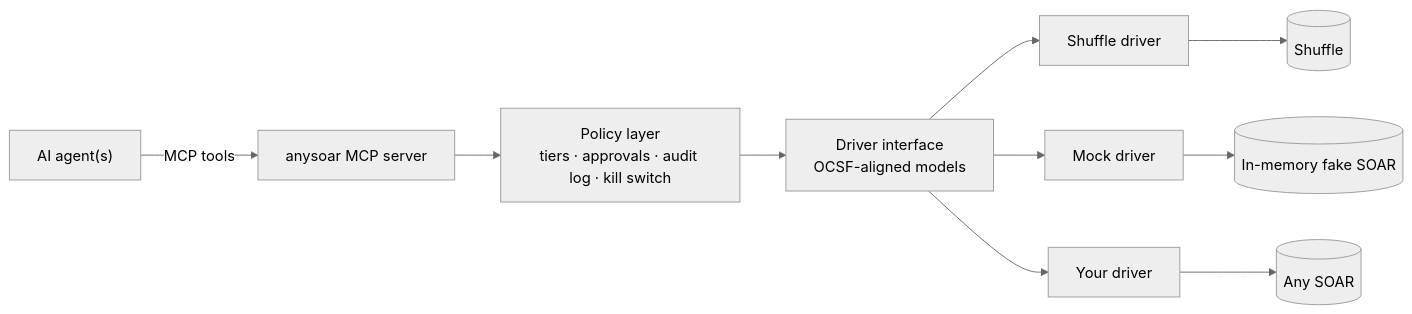
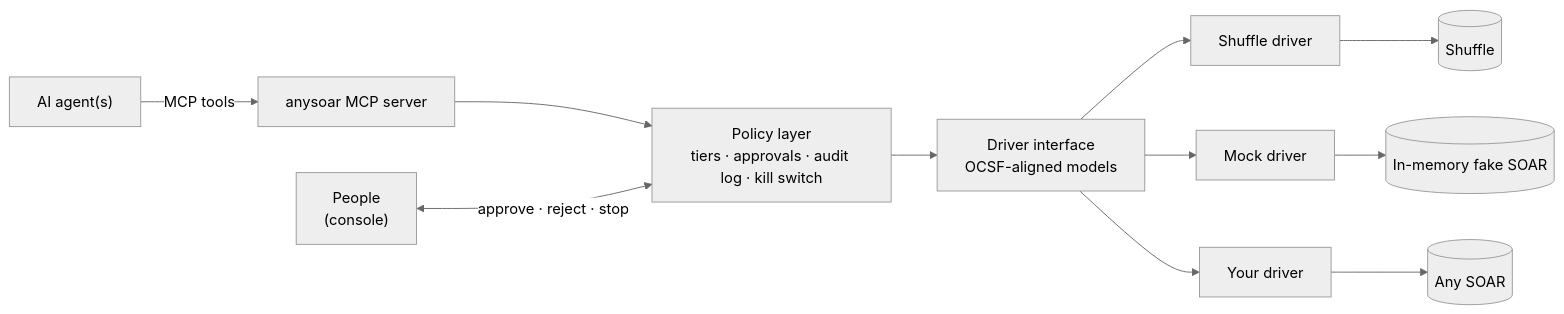
One commit to ag3ntsc4rn/anysoar changed the diagram in README.md. Above: the diagram before and after it, drawn with Mermaid (neutral theme). The commit also changed other lines of this file and 5 other files, not shown here.

````diff
--- a/README.md
+++ b/README.md
@@ -36,12 +36,13 @@
 ```mermaid
 flowchart LR
     A["AI agent(s)"] -->|MCP tools| M["anysoar MCP server"]
     M --> P["Policy layer<br/>tiers · approvals · audit log · kill switch"]
+    H["People<br/>(console)"] <-->|approve · reject · stop| P
     P --> I["Driver interface<br/>OCSF-aligned models"]
     I --> D1["Shuffle driver"]
     I --> D2["Mock driver"]
     I --> D3["Your driver"]
     D1 --> S1[("Shuffle")]
     D2 --> S2[("In-memory fake SOAR")]
     D3 --> S3[("Any SOAR")]
 ```
````
